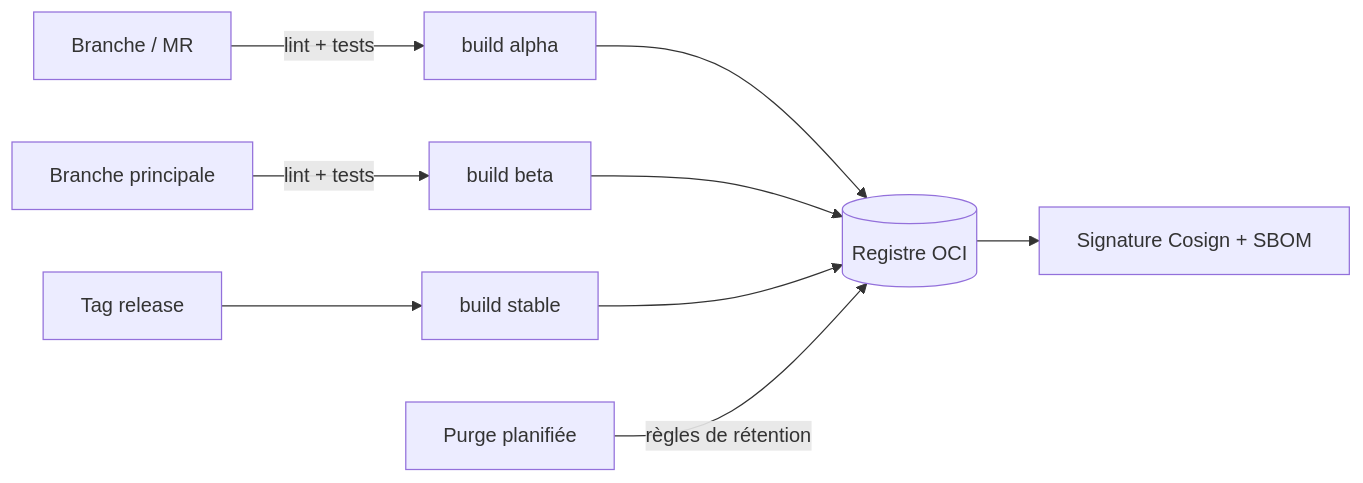
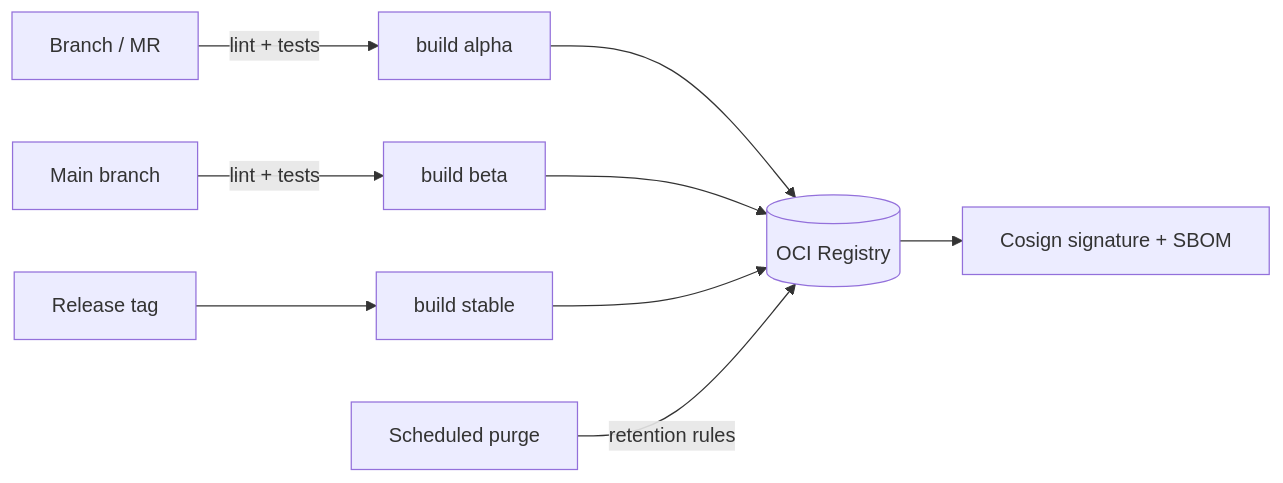
One commit to sebt3/vynil changed the third of 3 diagrams in docs/distribution.md. Above: the diagram before and after it, drawn with Mermaid. The commit also changed other lines of this file and 47 other files, not shown here.

````diff
--- a/docs/distribution.md
+++ b/docs/distribution.md
@@ -175,11 +173,11 @@
 ```mermaid
 flowchart LR
-    MR[Branche / MR] -->|lint + tests| B1[build alpha]
-    B1 --> REG[(Registre OCI)]
-    MAIN[Branche principale] -->|lint + tests| B2[build beta]
-    TAG[Tag release] --> B3[build stable]
+    MR[Branch / MR] -->|lint + tests| B1[build alpha]
+    B1 --> REG[(OCI Registry)]
+    MAIN[Main branch] -->|lint + tests| B2[build beta]
+    TAG[Release tag] --> B3[build stable]
     B2 --> REG
     B3 --> REG
-    REG --> SIGN[Signature Cosign + SBOM]
-    CRON[Purge planifiée] -->|règles de rétention| REG
+    REG --> SIGN[Cosign signature + SBOM]
+    CRON[Scheduled purge] -->|retention rules| REG
 ```
````
